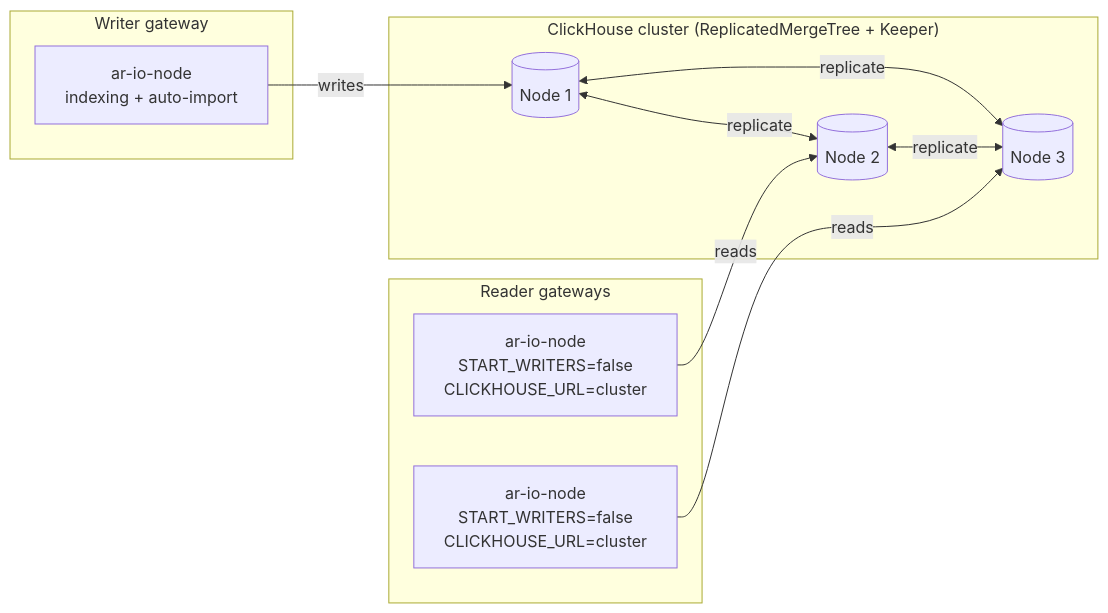
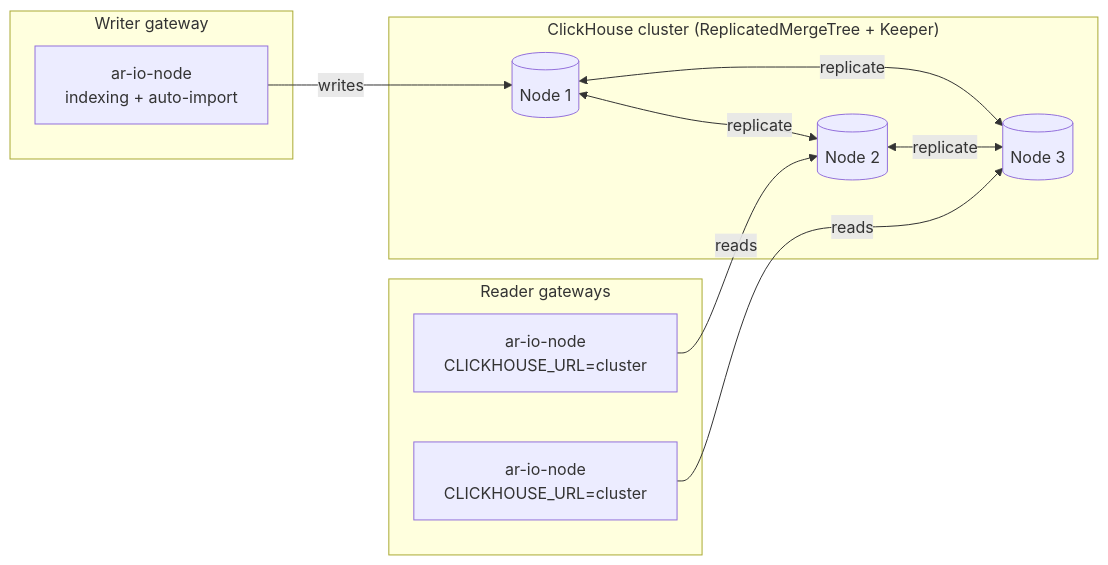
One commit to ar-io/ar-io-node changed the second of 5 diagrams in docs/deployment-topologies.md. Above: the diagram before and after it, drawn with Mermaid. The commit also changed other lines of this file, not shown here.

First line of the commit message:
docs(deployment): stop recommending START_WRITERS=false for readers

````diff
--- a/docs/deployment-topologies.md
+++ b/docs/deployment-topologies.md
@@ -79,24 +75,24 @@
 ```mermaid
 flowchart LR
   subgraph Writer["Writer gateway"]
     W["ar-io-node<br/>indexing + auto-import"]
   end
 
   subgraph Readers["Reader gateways"]
-    R1["ar-io-node<br/>START_WRITERS=false<br/>CLICKHOUSE_URL=cluster"]
-    R2["ar-io-node<br/>START_WRITERS=false<br/>CLICKHOUSE_URL=cluster"]
+    R1["ar-io-node<br/>CLICKHOUSE_URL=cluster"]
+    R2["ar-io-node<br/>CLICKHOUSE_URL=cluster"]
   end
 
   subgraph CH["ClickHouse cluster (ReplicatedMergeTree + Keeper)"]
     N1[("Node 1")]
     N2[("Node 2")]
     N3[("Node 3")]
   end
 
   W -->|writes| N1
   N1 <-->|replicate| N2
   N2 <-->|replicate| N3
   N1 <-->|replicate| N3
   R1 -->|reads| N2
   R2 -->|reads| N3
 ```
````
